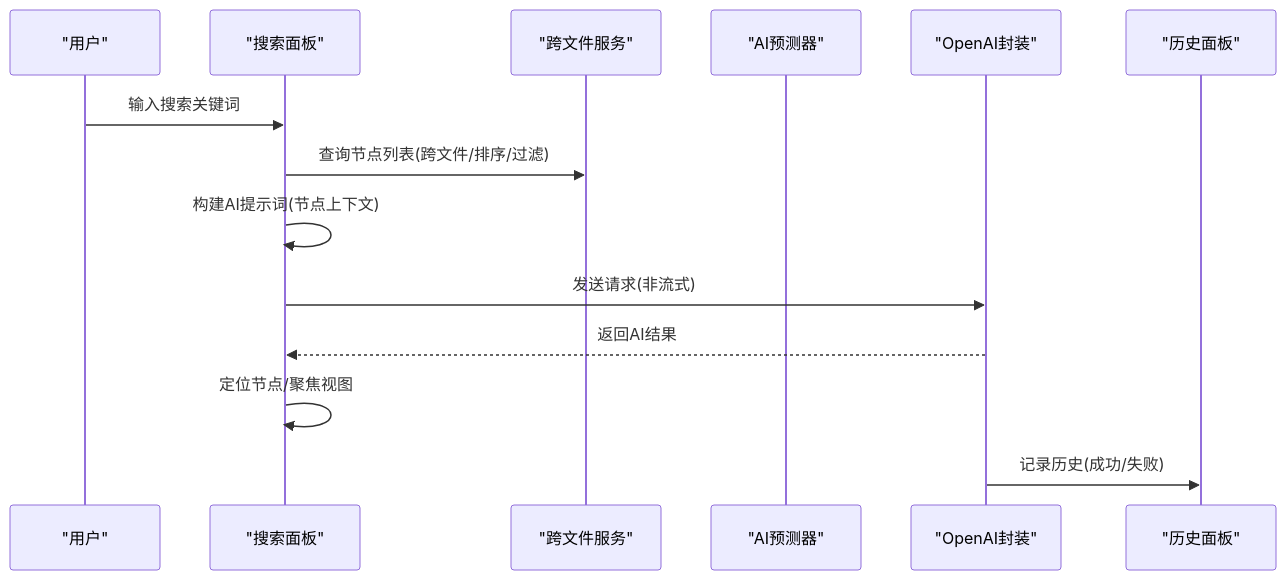
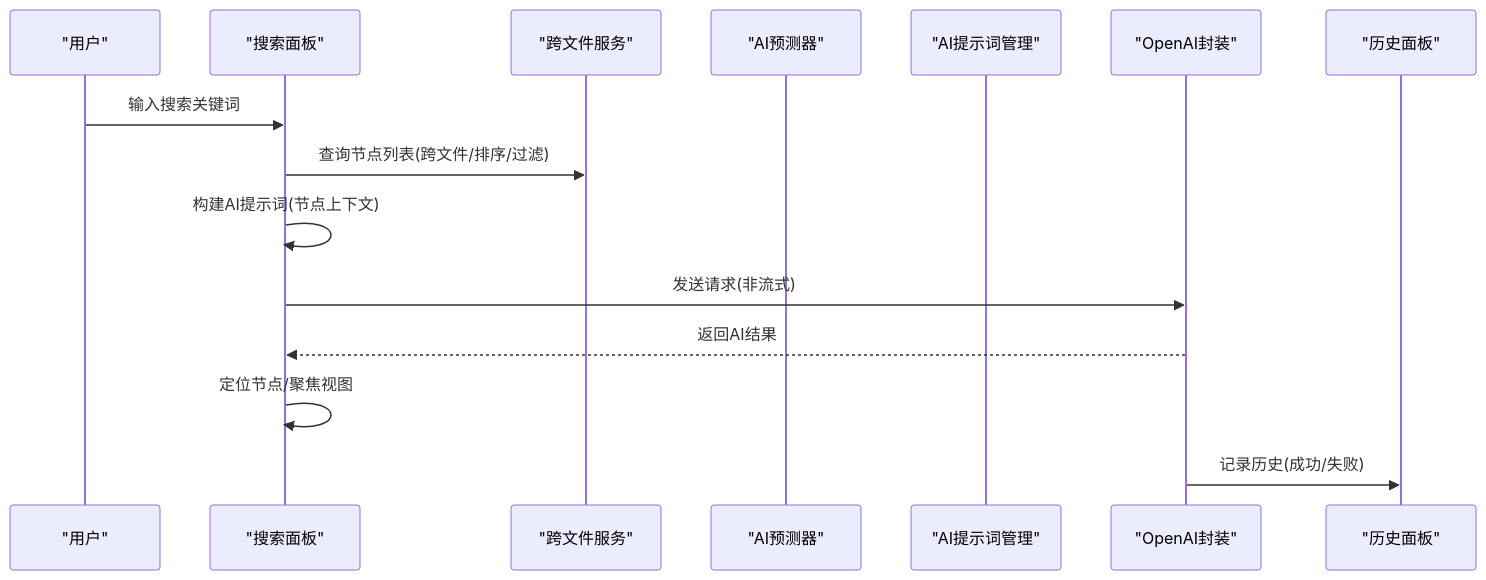
Before and after one commit to kqcoxn/MaaPipelineEditor: the second of 9 diagrams in .qoder/repowiki/zh/content/AI辅助功能/AI辅助功能.md, drawn with Mermaid. The commit also changed other lines of this file and 50 other files, not shown here.

````diff
--- a/.qoder/repowiki/zh/content/AI辅助功能/AI辅助功能.md
+++ b/.qoder/repowiki/zh/content/AI辅助功能/AI辅助功能.md
@@ -95,16 +112,17 @@
 ```mermaid
 sequenceDiagram
 participant U as "用户"
 participant SP as "搜索面板"
 participant CFS as "跨文件服务"
 participant AIP as "AI预测器"
+participant AIPROMPT as "AI提示词管理"
 participant OA as "OpenAI封装"
 participant HIS as "历史面板"
 U->>SP : 输入搜索关键词
 SP->>CFS : 查询节点列表(跨文件/排序/过滤)
 SP->>SP : 构建AI提示词(节点上下文)
 SP->>OA : 发送请求(非流式)
 OA-->>SP : 返回AI结果
 SP->>SP : 定位节点/聚焦视图
 OA->>HIS : 记录历史(成功/失败)
 ```
````
